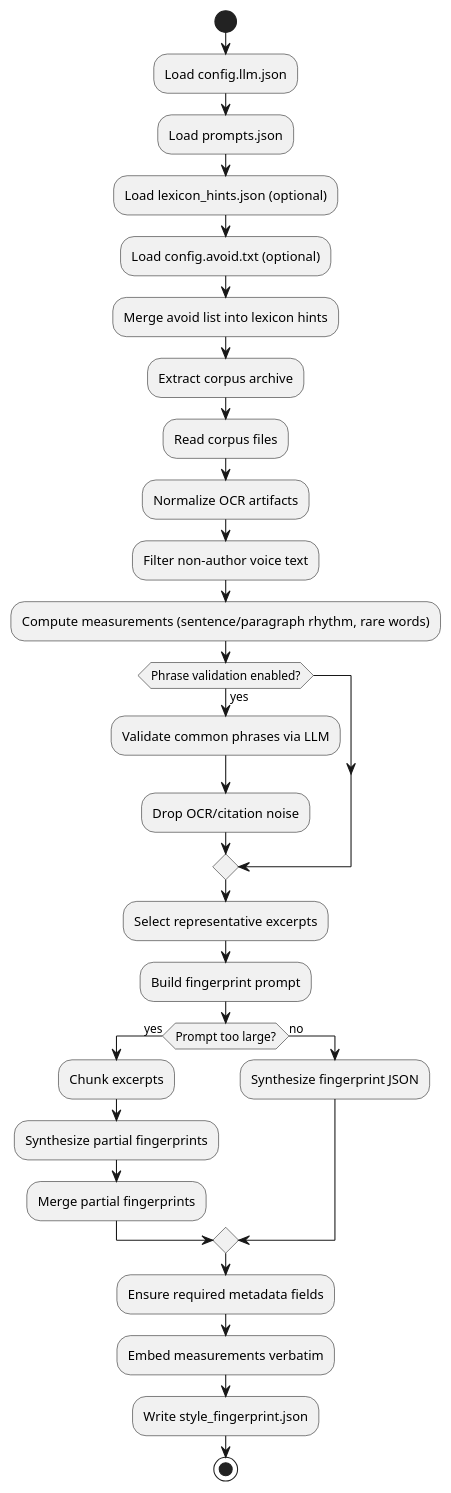
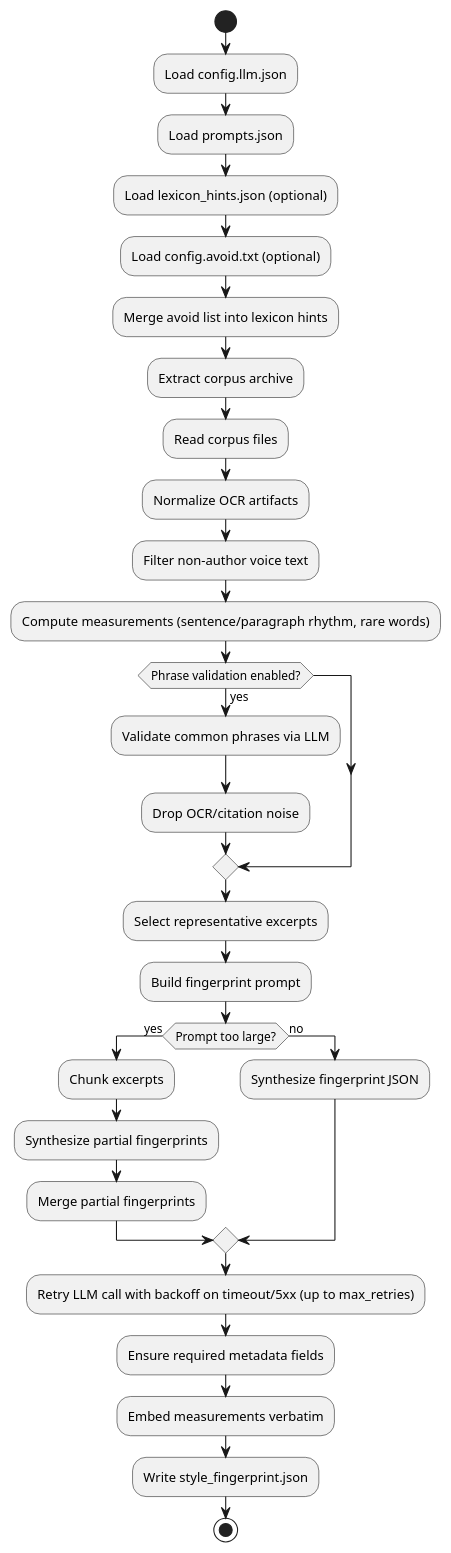
Before and after one commit to ngpepin/stylometric-transfer: the second of 3 diagrams in UML-Fingerprint.md, drawn with PlantUML. The commit also changed other lines of this file and 1 other file, not shown here.

Commit message:
feat: add retry with backoff for LLM calls in apply and fingerprint pipelines

````diff
--- a/UML-Fingerprint.md
+++ b/UML-Fingerprint.md
@@ -74,37 +77,39 @@
 ```plantuml
 @startuml
 start
 :Load config.llm.json;
 :Load prompts.json;
 :Load lexicon_hints.json (optional);
 :Load config.avoid.txt (optional);
 :Merge avoid list into lexicon hints;
 
 :Extract corpus archive;
 :Read corpus files;
 :Normalize OCR artifacts;
 :Filter non-author voice text;
 :Compute measurements (sentence/paragraph rhythm, rare words);
 
 if (Phrase validation enabled?) then (yes)
   :Validate common phrases via LLM;
   :Drop OCR/citation noise;
 endif
 
 :Select representative excerpts;
 :Build fingerprint prompt;
 
 if (Prompt too large?) then (yes)
   :Chunk excerpts;
   :Synthesize partial fingerprints;
   :Merge partial fingerprints;
 else (no)
   :Synthesize fingerprint JSON;
 endif
 
+:Retry LLM call with backoff on timeout/5xx (up to max_retries);
+
 :Ensure required metadata fields;
 :Embed measurements verbatim;
 :Write style_fingerprint.json;
 stop
 @enduml
 ```
````
